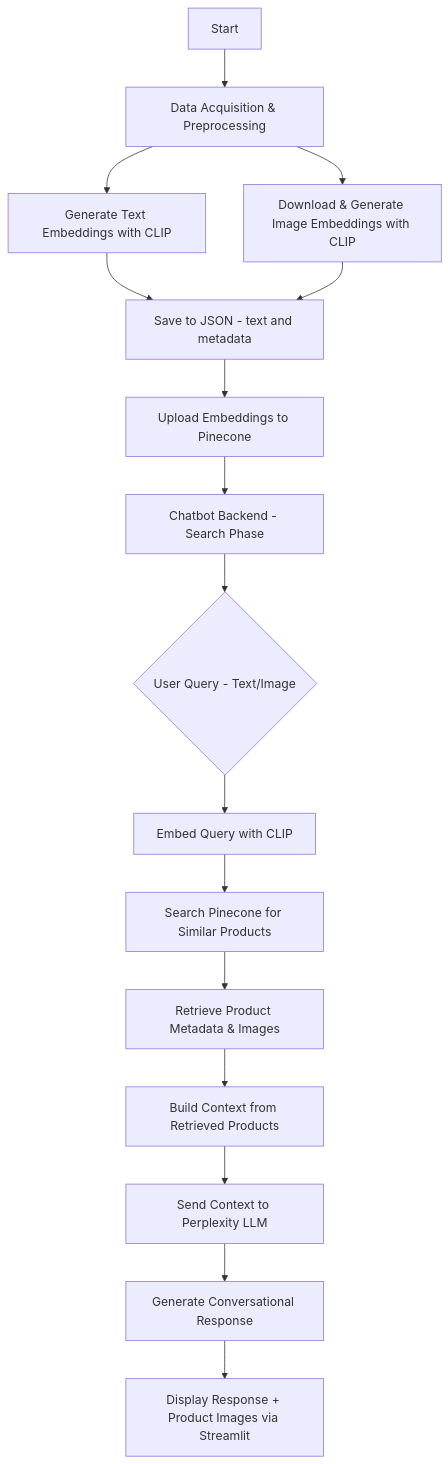
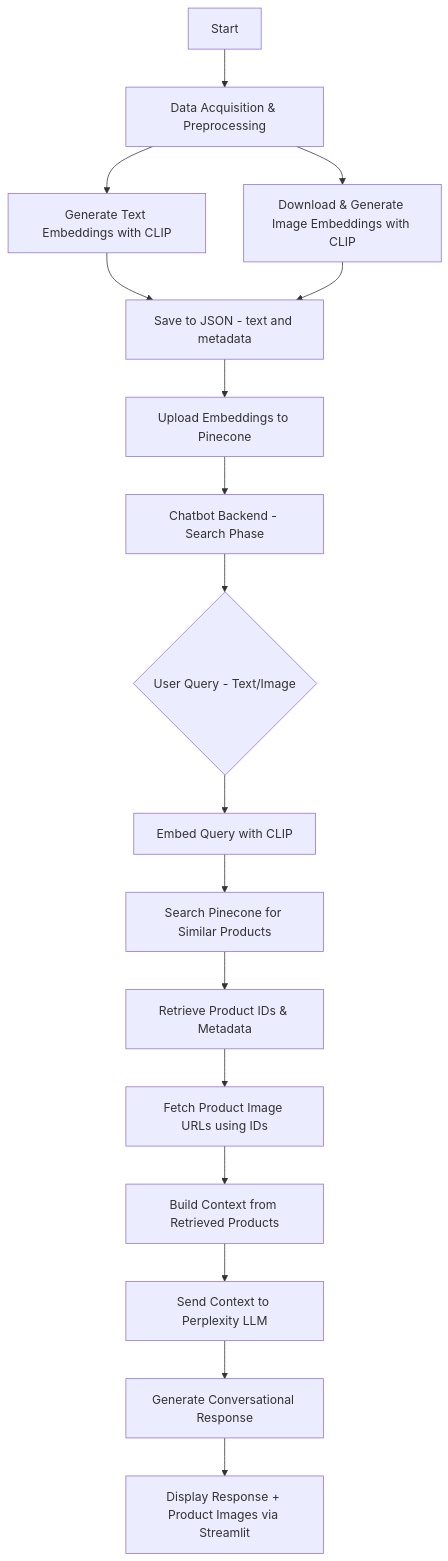
One commit to karim1110/multimodal-rag-ecommerce changed the diagram in README.md. Above: the diagram before and after it, drawn with Mermaid. The commit also changed other lines of this file, not shown here.

````diff
--- a/README.md
+++ b/README.md
@@ -69,19 +71,21 @@
 ```mermaid
 graph TD
     A[Start] --> B[Data Acquisition & Preprocessing]
     B --> C[Generate Text Embeddings with CLIP]
     B --> D[Download & Generate Image Embeddings with CLIP]
     C --> E[Save to JSON - text and metadata]
     D --> E
     E --> F[Upload Embeddings to Pinecone]
     
     F --> G[Chatbot Backend - Search Phase]
     G --> H{User Query - Text/Image}
     H --> I[Embed Query with CLIP]
     I --> J[Search Pinecone for Similar Products]
-    J --> K[Retrieve Product Metadata & Images]
-    K --> L[Build Context from Retrieved Products]
-    L --> M[Send Context to Perplexity LLM]
-    M --> N[Generate Conversational Response]
-    N --> O[Display Response + Product Images via Streamlit]
+    J --> K[Retrieve Product IDs & Metadata]
+    K --> L[Fetch Product Image URLs using IDs]
+    L --> M[Build Context from Retrieved Products]
+    M --> N[Send Context to Perplexity LLM]
+    N --> O[Generate Conversational Response]
+    O --> P[Display Response + Product Images via Streamlit]
+
 ```
````
